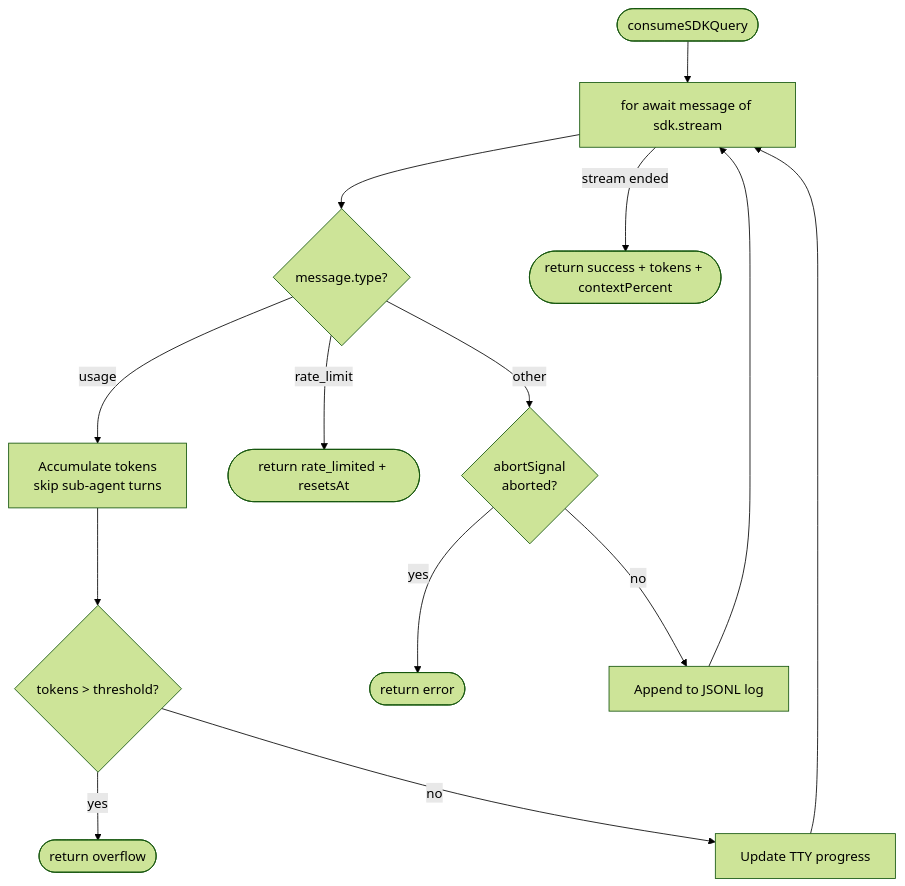
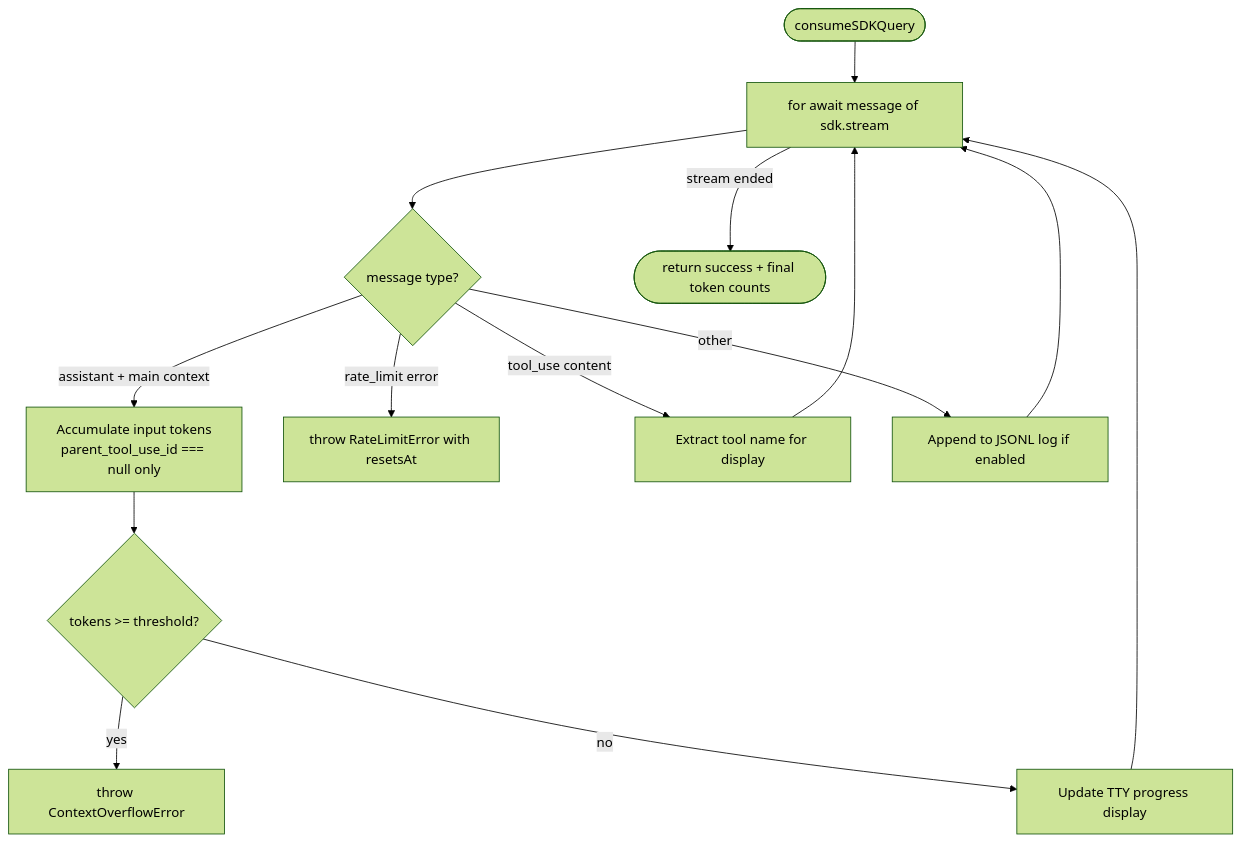
Before and after one commit to vx-daniel/barf-ts: the diagram in resources/architecture/claude-integration.md, drawn with Mermaid (forest theme). The commit also changed other lines of this file and 16 other files, not shown here.

````diff
--- a/resources/architecture/claude-integration.md
+++ b/resources/architecture/claude-integration.md
@@ -30,16 +38,16 @@
 ```mermaid
 flowchart TD
     A([consumeSDKQuery]) --> B[for await message of sdk.stream]
-    B --> C{message.type?}
-    C -- usage --> D[Accumulate tokens\nskip sub-agent turns]
-    D --> E{tokens > threshold?}
-    E -- yes --> F([return overflow])
-    E -- no --> G[Update TTY progress]
+    B --> C{message type?}
+    C -- assistant + main context --> D[Accumulate input tokens\nparent_tool_use_id === null only]
+    D --> E{tokens >= threshold?}
+    E -- yes --> F[throw ContextOverflowError]
+    E -- no --> G[Update TTY progress display]
     G --> B
-    C -- rate_limit --> H([return rate_limited + resetsAt])
-    C -- other --> I{abortSignal\naborted?}
-    I -- yes --> J([return error])
-    I -- no --> K[Append to JSONL log]
-    K --> B
-    B -- stream ended --> L([return success + tokens + contextPercent])
+    C -- rate_limit error --> H[throw RateLimitError with resetsAt]
+    C -- tool_use content --> I[Extract tool name for display]
+    I --> B
+    C -- other --> J[Append to JSONL log if enabled]
+    J --> B
+    B -- stream ended --> K([return success + final token counts])
 ```
````
